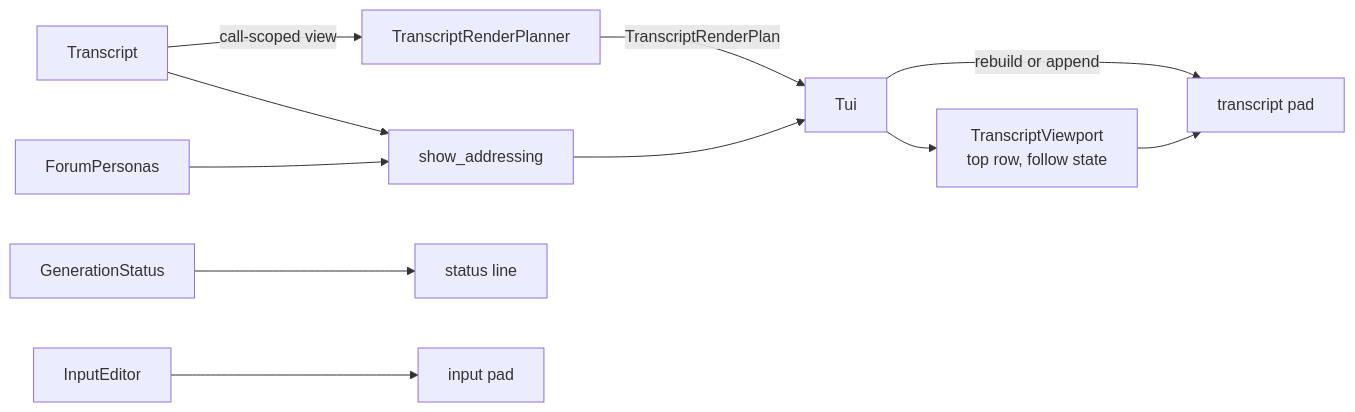
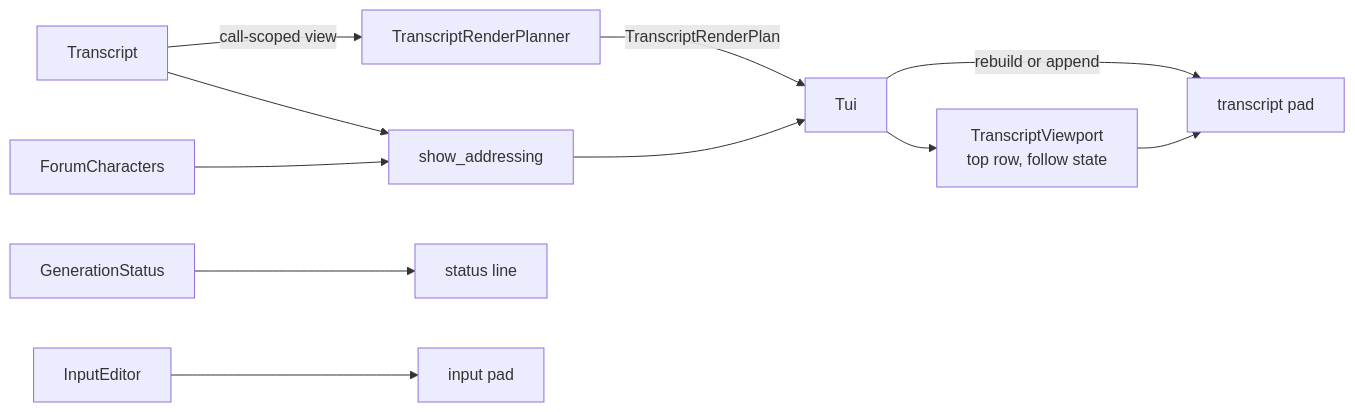
The second of 2 diagrams in src/ui/tui/README.md (michaelpopov/cha), drawn with Mermaid before and after one commit. The commit also changed other lines of this file and 117 other files, not shown here.

````diff
--- a/src/ui/tui/README.md
+++ b/src/ui/tui/README.md
@@ -96,13 +96,13 @@
 ```mermaid
 flowchart LR
     conv["Transcript"] -->|"call-scoped view"| plan["TranscriptRenderPlanner"]
     plan -->|"TranscriptRenderPlan"| tui["Tui"]
     tui -->|"rebuild or append"| pad["transcript pad"]
     tui --> port["TranscriptViewport<br/>top row, follow state"]
     port --> pad
-    personas["ForumPersonas"] --> addr["show_addressing"]
+    characters["ForumCharacters"] --> addr["show_addressing"]
     conv --> addr
     addr --> tui
     status["GenerationStatus"] --> line["status line"]
     editor["InputEditor"] --> inpad["input pad"]
 ```
````
